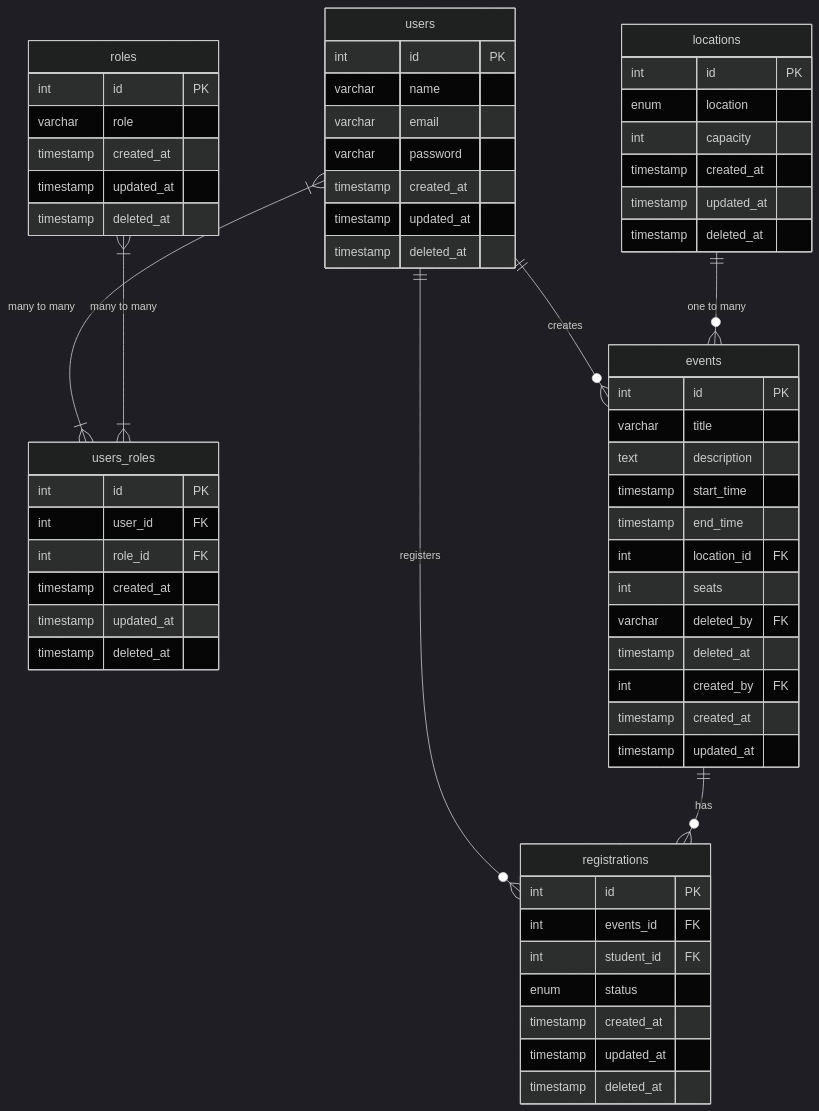
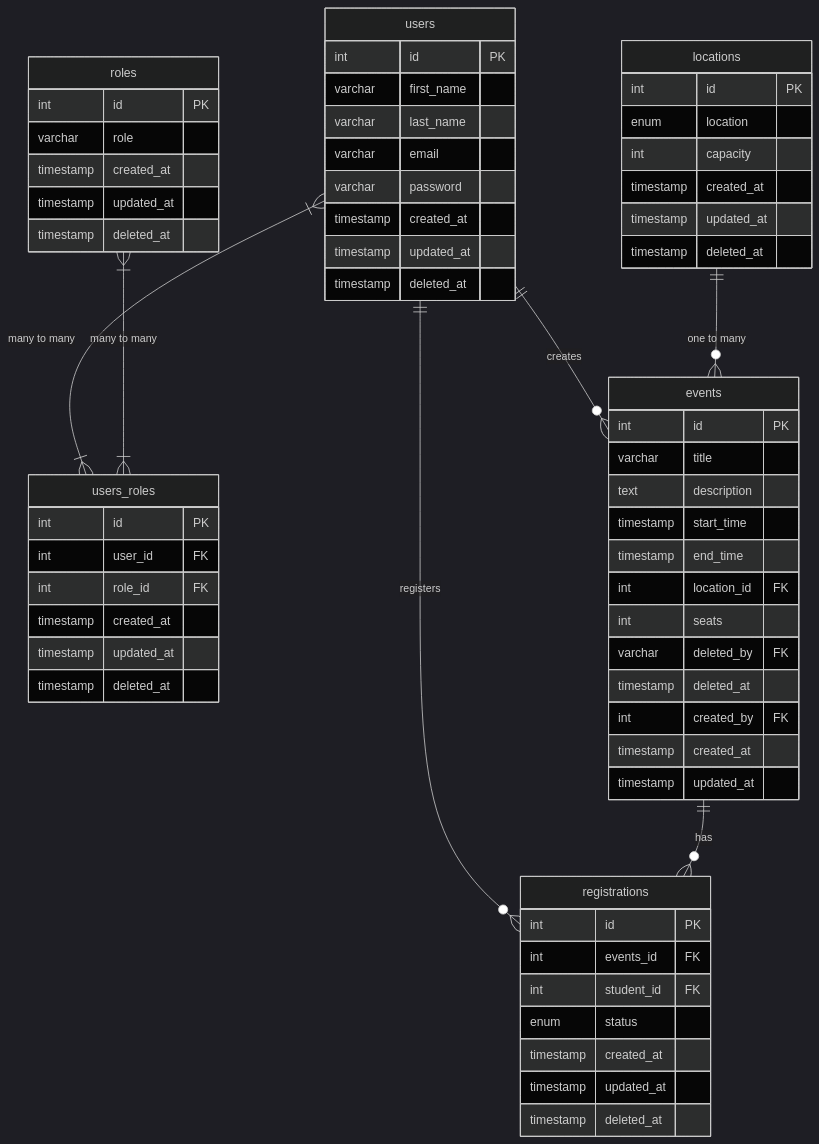
One commit to sarvjeet24kumar/Project-Documentation changed the diagram in docs/er_diagram.md. Above: the diagram before and after it, drawn with Mermaid (dark theme). The commit also changed 4 other files, not shown here.

````diff
--- a/docs/er_diagram.md
+++ b/docs/er_diagram.md
@@ -1,71 +1,72 @@
 ```mermaid
 erDiagram
     users {
         int id PK
-        varchar name
+        varchar first_name
+        varchar last_name
         varchar email
         varchar password
         timestamp created_at
         timestamp updated_at
         timestamp deleted_at
     }
 
     roles {
         int id PK
         varchar role
         timestamp created_at
         timestamp updated_at
         timestamp deleted_at
     }
     users_roles{
         int id PK
         int user_id FK
         int role_id FK
         timestamp created_at
         timestamp updated_at
         timestamp deleted_at
     }
 
     events {
         int id PK
         varchar title
         text description
         timestamp start_time
         timestamp end_time
         int location_id FK
         int seats
         varchar deleted_by FK
         timestamp deleted_at
         int created_by FK
         timestamp created_at
         timestamp updated_at
     }
     locations {
         int id PK
         enum location
         int  capacity
         timestamp created_at
         timestamp updated_at
         timestamp deleted_at
     }
 
     registrations {
         int id PK
         int events_id FK
         int student_id FK
         enum status
         timestamp created_at
         timestamp updated_at
         timestamp deleted_at
     }
 
     users ||--o{ events : "creates"
     users }|--|{ users_roles : "many to many"
     roles }|--|{ users_roles : "many to many"
 
     locations ||--o{ events : "one to many"
 
     users ||--o{ registrations : "registers"
     events ||--o{ registrations : "has"
 
 ```
````
